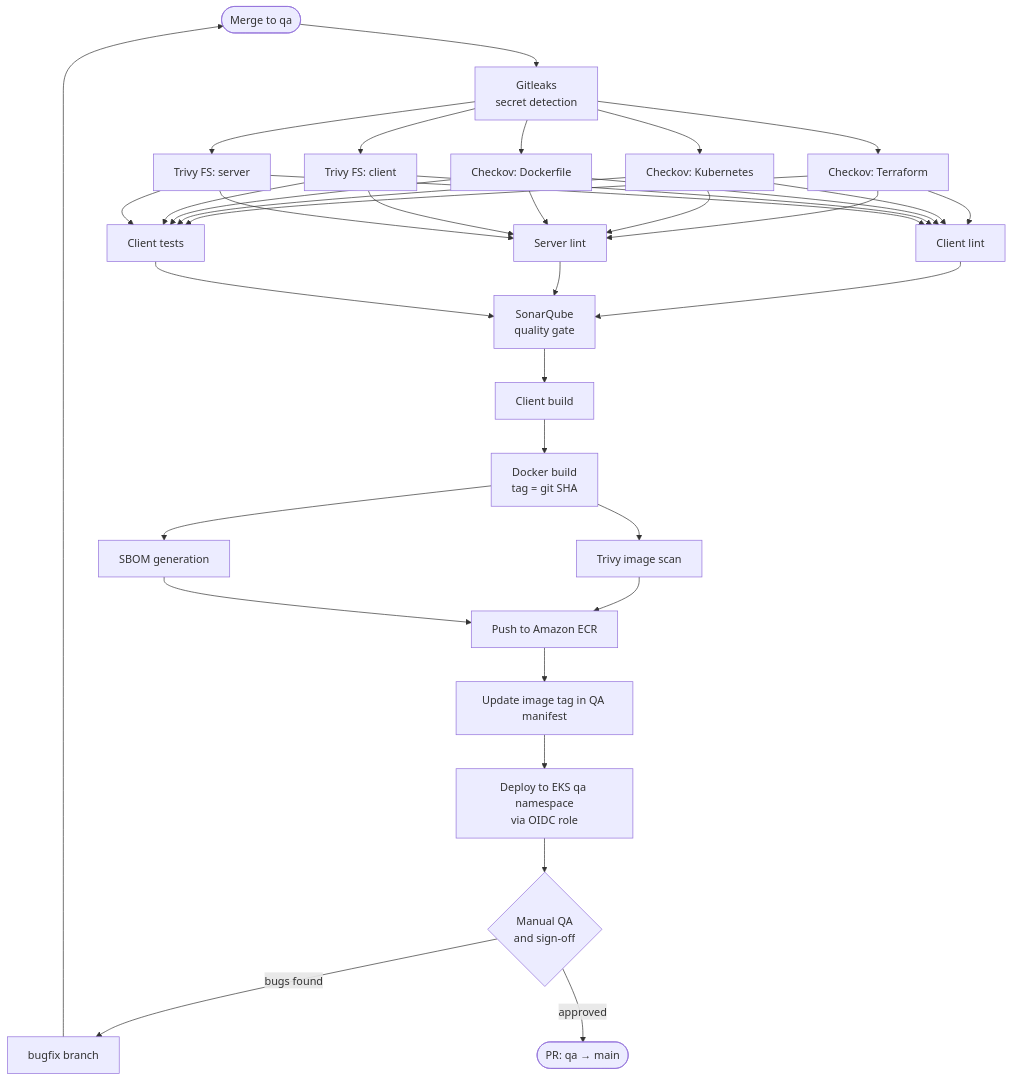
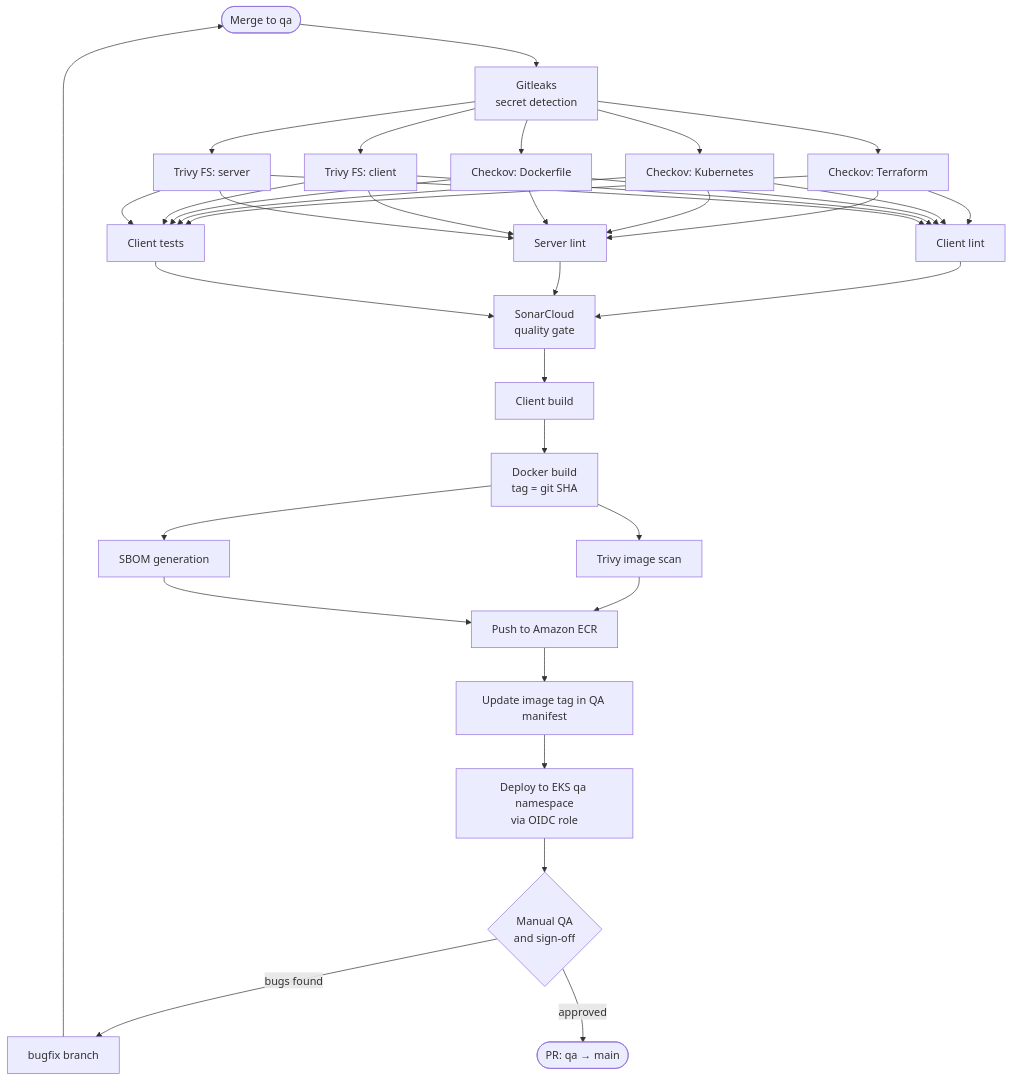
The fifth of 8 diagrams in README.md (meetbrij/prod-grade-e2e-devsecops-pipeline), drawn with Mermaid before and after one commit. The commit also changed other lines of this file and 3 other files, not shown here.

Commit message:
Add SonarCloud analysis job

````diff
--- a/README.md
+++ b/README.md
@@ -211,23 +211,23 @@
 ```mermaid
 flowchart TD
     A([Merge to qa]) --> B[Gitleaks<br/>secret detection]
     B --> C1[Checkov: Terraform]
     B --> C2[Checkov: Kubernetes]
     B --> C3[Checkov: Dockerfile]
     B --> C4[Trivy FS: client]
     B --> C5[Trivy FS: server]
     C1 & C2 & C3 & C4 & C5 --> D1[Client lint]
     C1 & C2 & C3 & C4 & C5 --> D2[Server lint]
     C1 & C2 & C3 & C4 & C5 --> D3[Client tests]
-    D1 & D2 & D3 --> E[SonarQube<br/>quality gate]
+    D1 & D2 & D3 --> E[SonarCloud<br/>quality gate]
     E --> F[Client build]
     F --> G[Docker build<br/>tag = git SHA]
     G --> H1[Trivy image scan]
     G --> H2[SBOM generation]
     H1 & H2 --> I[Push to Amazon ECR]
     I --> J[Update image tag in QA manifest]
     J --> K[Deploy to EKS qa namespace<br/>via OIDC role]
     K --> L{Manual QA<br/>and sign-off}
     L -->|bugs found| M[bugfix branch] --> A
     L -->|approved| N([PR: qa → main])
 ```
````
